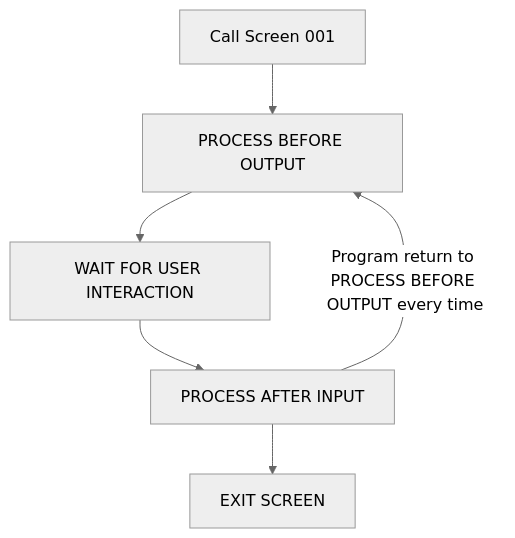
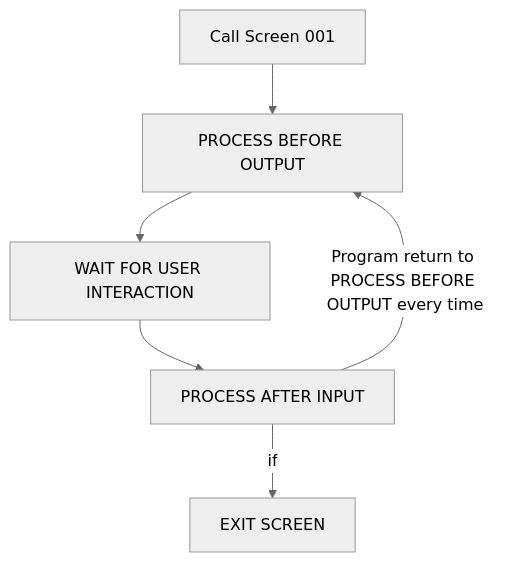
One commit to Fabeure/ABAP-Initiation changed the diagram in Exercice4.md. Above: the diagram before and after it, drawn with Mermaid (neutral theme).

````diff
--- a/Exercice4.md
+++ b/Exercice4.md
@@ -37,9 +37,9 @@
     ``` mermaid
       graph TD;
             A[Call Screen 001]-->B[PROCESS BEFORE OUTPUT];
             B[PROCESS BEFORE OUTPUT]-->C[WAIT FOR USER INTERACTION];
             C[WAIT FOR USER INTERACTION]-->D[PROCESS AFTER INPUT];
-            D-->E[EXIT SCREEN];
+            D-- if -->E[EXIT SCREEN];
             D -- Program return to PROCESS BEFORE OUTPUT every time -->B;
             
     ```
````
